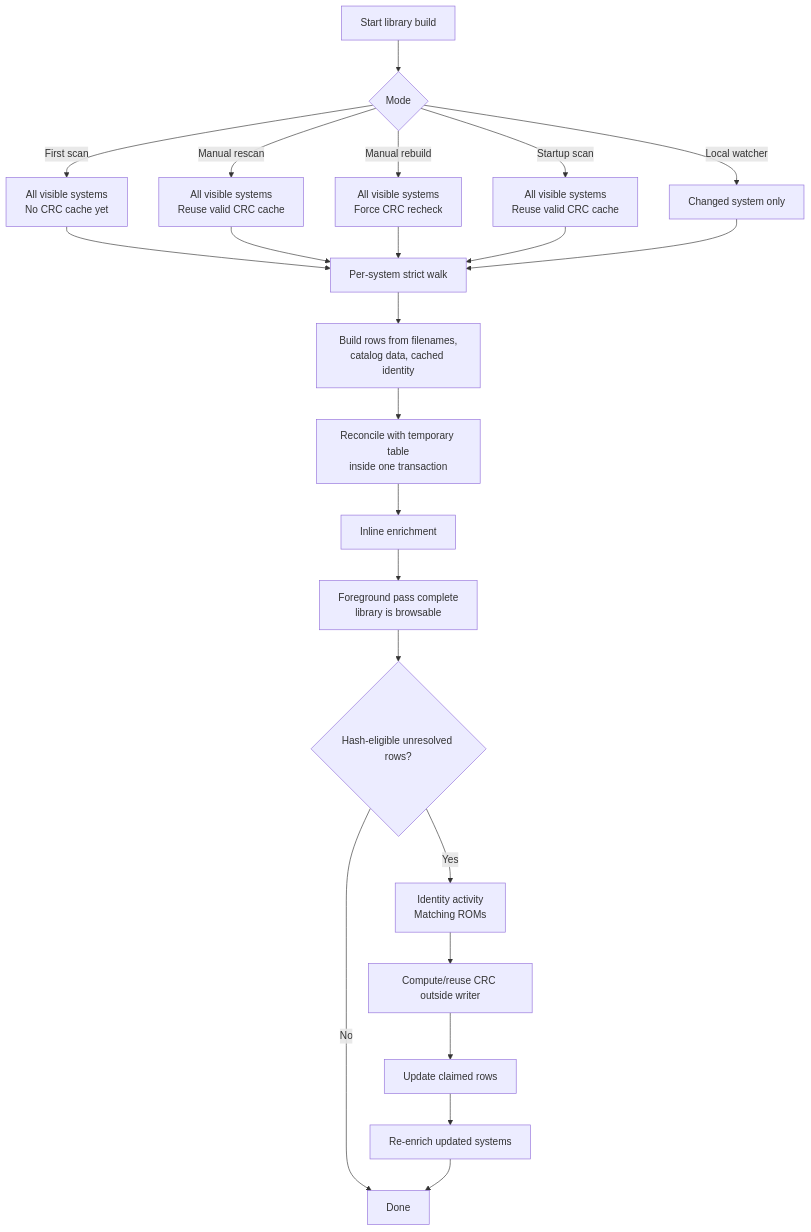
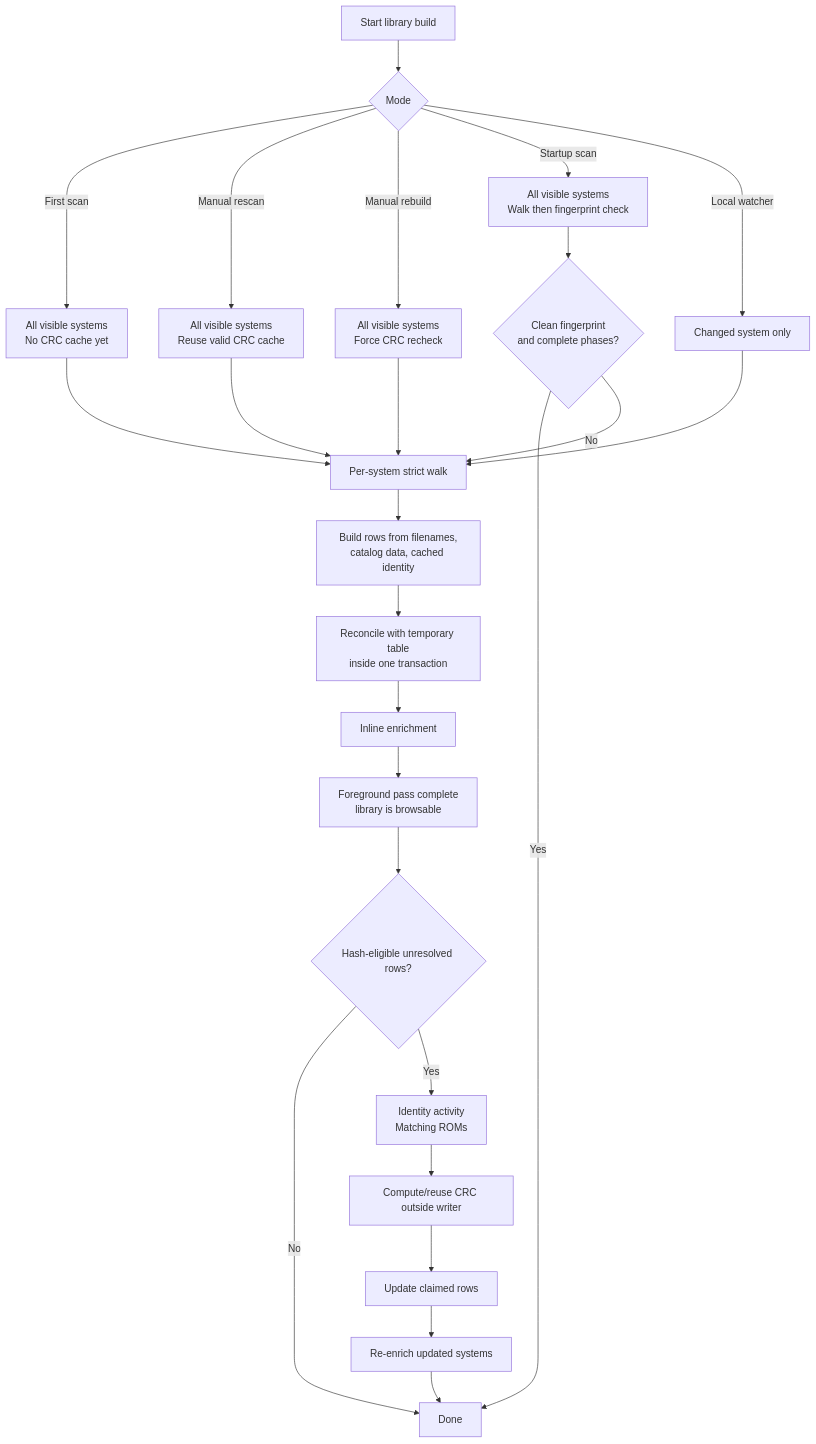
Before and after one commit to lapastillaroja/replay-control: the diagram in docs/architecture/library-build-pipeline.md, drawn with Mermaid. The commit also changed other lines of this file and 20 other files, not shown here.

````diff
--- a/docs/architecture/library-build-pipeline.md
+++ b/docs/architecture/library-build-pipeline.md
@@ -57,27 +61,29 @@
 ```mermaid
 flowchart TD
     A["Start library build"] --> B{"Mode"}
     B -->|First scan| C["All visible systems<br/>No CRC cache yet"]
     B -->|Manual rescan| D["All visible systems<br/>Reuse valid CRC cache"]
     B -->|Manual rebuild| E["All visible systems<br/>Force CRC recheck"]
-    B -->|Startup scan| F["All visible systems<br/>Reuse valid CRC cache"]
+    B -->|Startup scan| F["All visible systems<br/>Walk then fingerprint check"]
     B -->|Local watcher| G["Changed system only"]
 
     C --> H["Per-system strict walk"]
     D --> H
     E --> H
-    F --> H
     G --> H
+    F --> S{"Clean fingerprint<br/>and complete phases?"}
+    S -->|Yes| N
+    S -->|No| H
 
     H --> I["Build rows from filenames,<br/>catalog data, cached identity"]
     I --> J["Reconcile with temporary table<br/>inside one transaction"]
     J --> K["Inline enrichment"]
     K --> L["Foreground pass complete<br/>library is browsable"]
     L --> M{"Hash-eligible unresolved rows?"}
     M -->|No| N["Done"]
     M -->|Yes| O["Identity activity<br/>Matching ROMs"]
     O --> P["Compute/reuse CRC outside writer"]
     P --> Q["Update claimed rows"]
     Q --> R["Re-enrich updated systems"]
     R --> N
 ```
````
